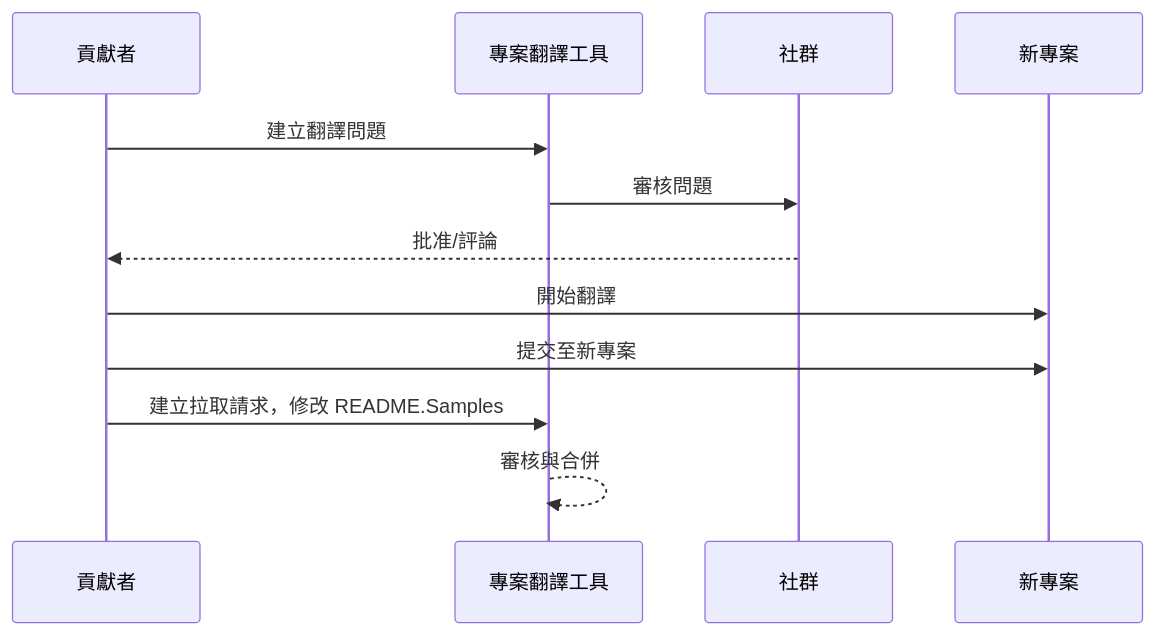
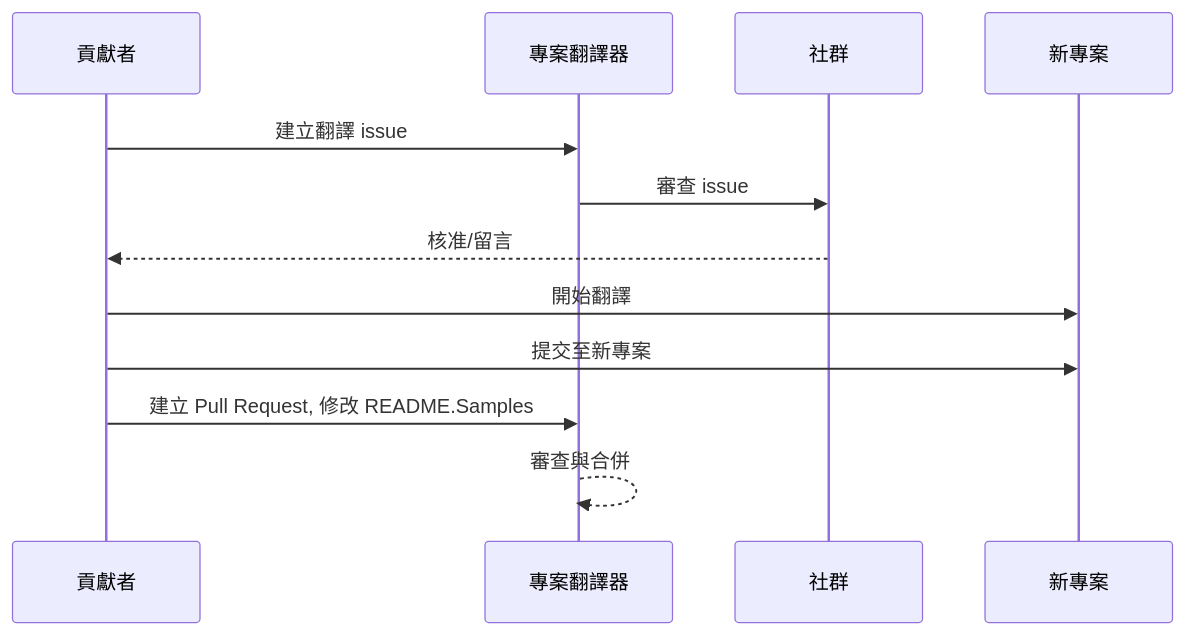
The diagram in readmes/README.zh-tw.md (Project-Translation/project_translator), drawn with Mermaid before and after one commit. The commit also changed other lines of this file and 48 other files, not shown here.

````diff
--- a/readmes/README.zh-tw.md
+++ b/readmes/README.zh-tw.md
@@ -50,10 +56,10 @@
 ```mermaid
 sequenceDiagram
-  貢獻者->>專案翻譯工具: 建立翻譯問題
-  專案翻譯工具->>社群: 審核問題
-  社群-->>貢獻者: 批准/評論
+  貢獻者->>專案翻譯器: 建立翻譯 issue
+  專案翻譯器->>社群: 審查 issue
+  社群-->>貢獻者: 核准/留言
   貢獻者->>新專案: 開始翻譯
   貢獻者->>新專案: 提交至新專案
-  貢獻者->>專案翻譯工具: 建立拉取請求，修改 README.Samples
-  專案翻譯工具-->>專案翻譯工具: 審核與合併
+  貢獻者->>專案翻譯器: 建立 Pull Request, 修改 README.Samples
+  專案翻譯器-->>專案翻譯器: 審查與合併
 ```
````
